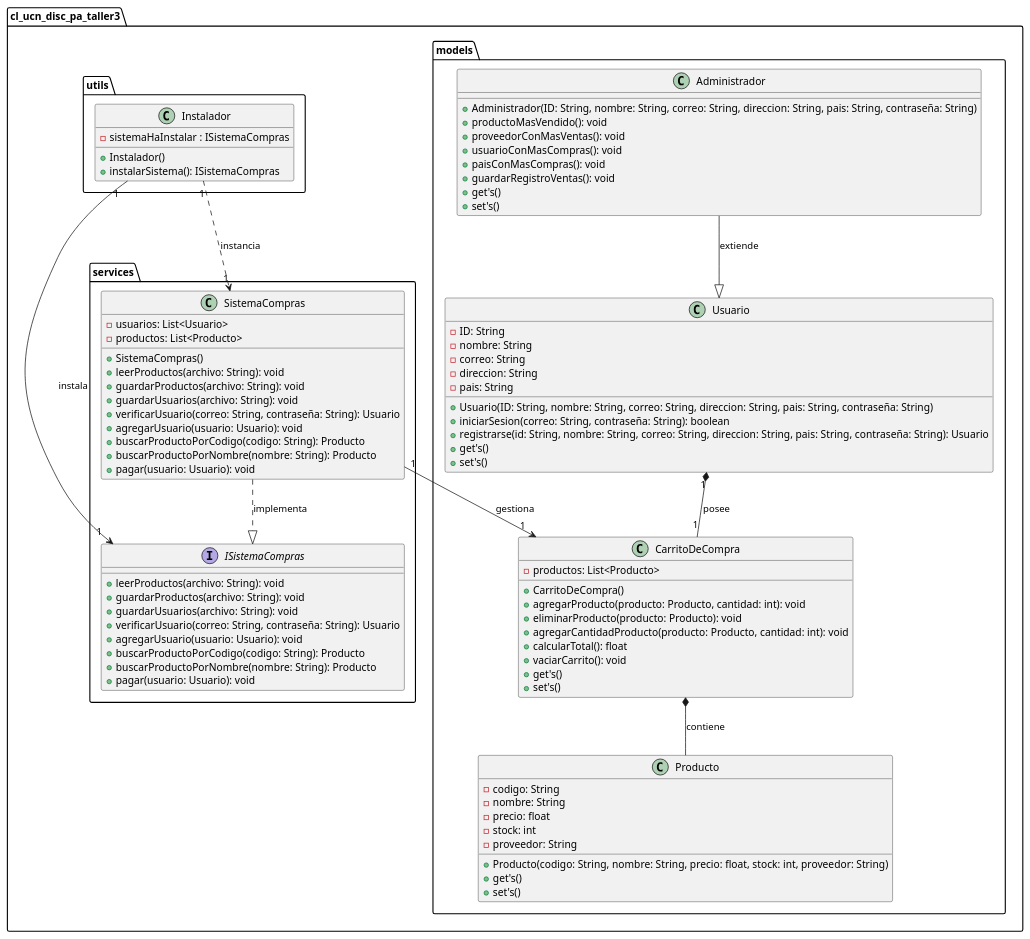
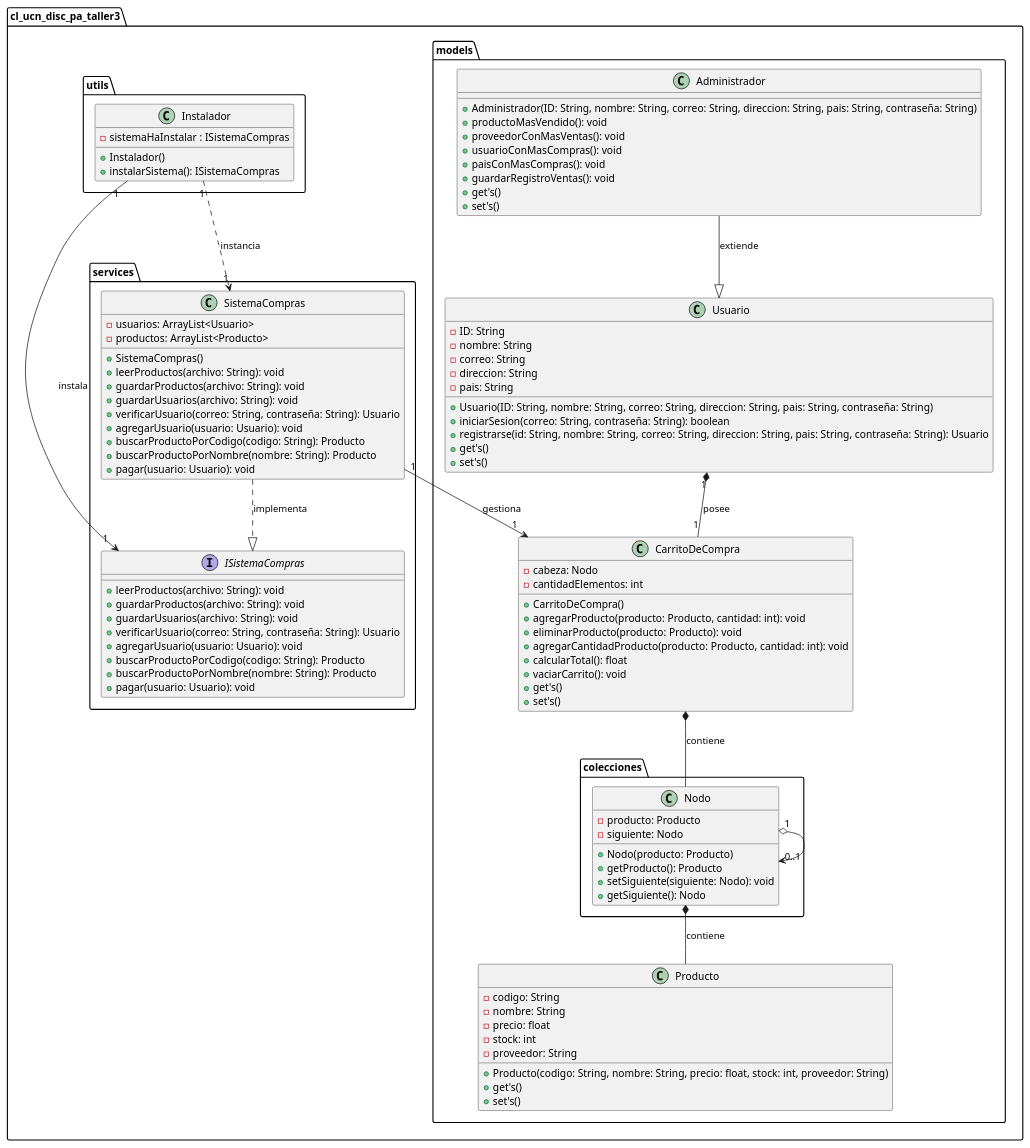
Before and after one commit to Francocooo/-PA-Taller3_OlivosFranco: the diagram in src/Diagrama de Clases.puml, drawn with PlantUML. The commit also changed 1 other file, not shown here.

```diff
--- a/src/Diagrama de Clases.puml
+++ b/src/Diagrama de Clases.puml
@@ -1,103 +1,127 @@
 @startuml
 'https://plantuml.com/class-diagram
 
 package cl_ucn_disc_pa_taller3 {
 
 package models{
 
 class Usuario {
 -ID: String
 -nombre: String
 -correo: String
 -direccion: String
 -pais: String
 +Usuario(ID: String, nombre: String, correo: String, direccion: String, pais: String, contraseña: String)
 +iniciarSesion(correo: String, contraseña: String): boolean
 +registrarse(id: String, nombre: String, correo: String, direccion: String, pais: String, contraseña: String): Usuario
 +get's()
 +set's()
 }
 
 class Producto {
 -codigo: String
 -nombre: String
 -precio: float
 -stock: int
 -proveedor: String
 +Producto(codigo: String, nombre: String, precio: float, stock: int, proveedor: String)
 +get's()
 +set's()
 }
 
 class Administrador {
 +Administrador(ID: String, nombre: String, correo: String, direccion: String, pais: String, contraseña: String)
 +productoMasVendido(): void
 +proveedorConMasVentas(): void
 +usuarioConMasCompras(): void
 +paisConMasCompras(): void
 +guardarRegistroVentas(): void
 +get's()
 +set's()
 }
 
 class CarritoDeCompra{
--productos: List<Producto>
+-cabeza: Nodo
+-cantidadElementos: int
 +CarritoDeCompra()
 +agregarProducto(producto: Producto, cantidad: int): void
 +eliminarProducto(producto: Producto): void
 +agregarCantidadProducto(producto: Producto, cantidad: int): void
 +calcularTotal(): float
 +vaciarCarrito(): void
 +get's()
 +set's()
 }
+
+package colecciones{
+
+class Nodo{
+-producto: Producto
+-siguiente: Nodo
++Nodo(producto: Producto)
++getProducto(): Producto
++setSiguiente(siguiente: Nodo): void
++getSiguiente(): Nodo
 }
+
+
+
+
+}
+
+
+}
+
+
+
 
 
 package services{
 interface ISistemaCompras {
 +leerProductos(archivo: String): void
 +guardarProductos(archivo: String): void
 +guardarUsuarios(archivo: String): void
 +verificarUsuario(correo: String, contraseña: String): Usuario
 +agregarUsuario(usuario: Usuario): void
 +buscarProductoPorCodigo(codigo: String): Producto
 +buscarProductoPorNombre(nombre: String): Producto
 +pagar(usuario: Usuario): void
 }
 
 class SistemaCompras {
--usuarios: List<Usuario>
--productos: List<Producto>
+-usuarios: ArrayList<Usuario>
+-productos: ArrayList<Producto>
 
 +SistemaCompras()
 +leerProductos(archivo: String): void
 +guardarProductos(archivo: String): void
 +guardarUsuarios(archivo: String): void
 +verificarUsuario(correo: String, contraseña: String): Usuario
 +agregarUsuario(usuario: Usuario): void
 +buscarProductoPorCodigo(codigo: String): Producto
 +buscarProductoPorNombre(nombre: String): Producto
 +pagar(usuario: Usuario): void
 }
 }
 
 package utils{
 class Instalador{
 - sistemaHaInstalar : ISistemaCompras
 + Instalador()
 + instalarSistema(): ISistemaCompras
 }
 }
 }
 
 Instalador "1" ..> "1" SistemaCompras: instancia
 Instalador "1" --> "1" ISistemaCompras: instala
 SistemaCompras ..|> ISistemaCompras: implementa
 Administrador --|> Usuario: extiende
 Usuario "1" *-- "1" CarritoDeCompra: posee
-CarritoDeCompra *-- Producto: contiene
+CarritoDeCompra *-- Nodo: contiene
+Nodo *-- Producto: contiene
 SistemaCompras "1" --> "1" CarritoDeCompra: gestiona
+Nodo "1" o--> "0..1" Nodo
 
 
 @enduml
```
